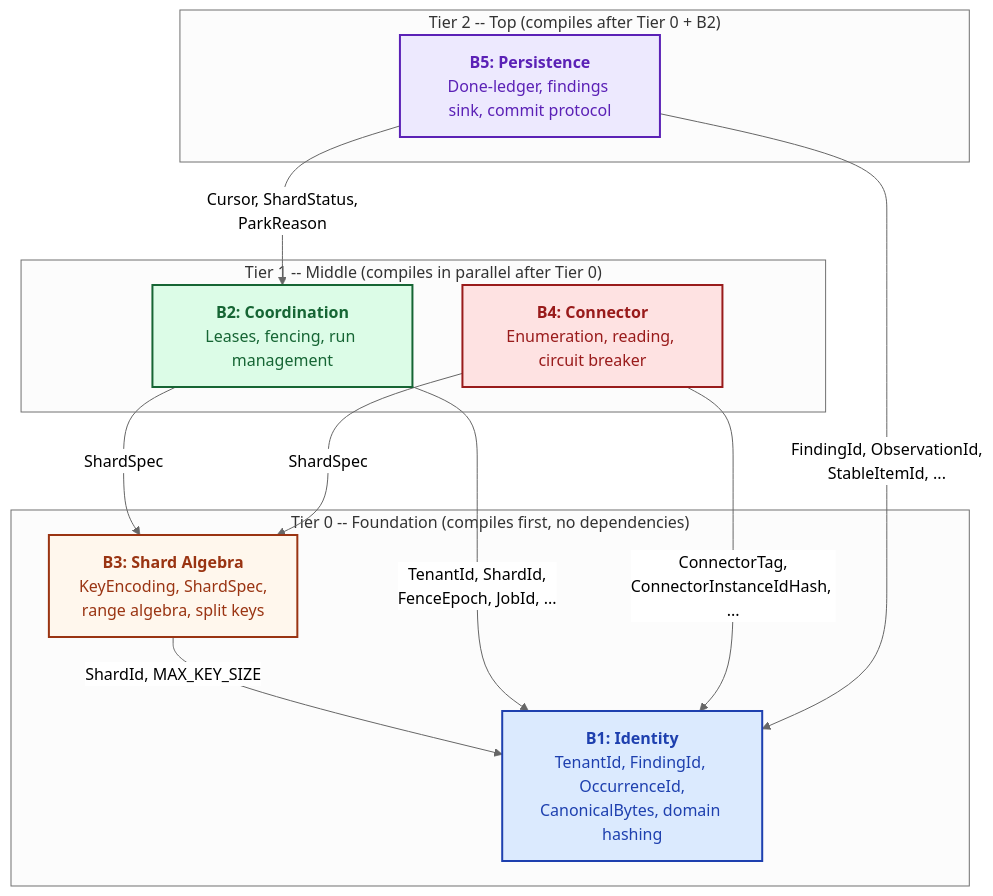
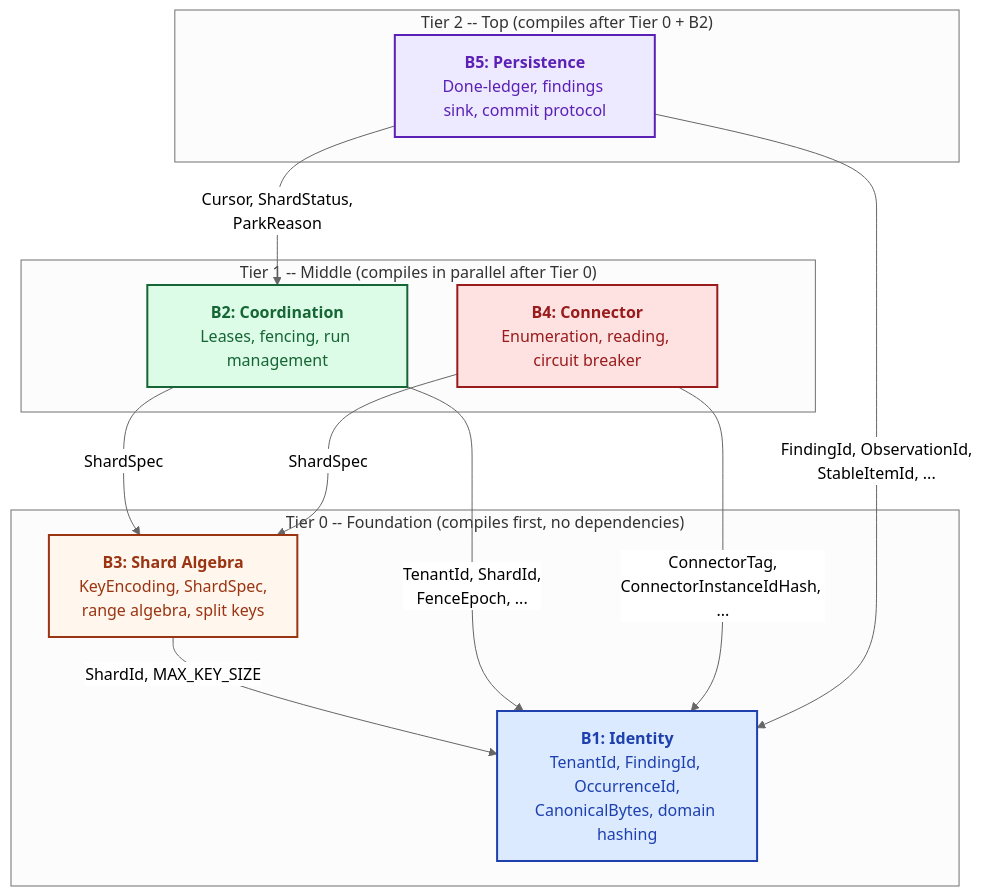
Before and after one commit to ahrav/Gossip-rs: the second of 3 diagrams in diagrams/02-boundary-dependency-graph.md, drawn with Mermaid (neutral theme). The commit also changed other lines of this file and 2 other files, not shown here.

Commit message:
Remove JobId from B2→B1 boundary edge and update backend.rs status

````diff
--- a/diagrams/02-boundary-dependency-graph.md
+++ b/diagrams/02-boundary-dependency-graph.md
@@ -117,31 +117,31 @@
 ```mermaid
 %% Diagram: tiered-compilation-view
 graph TD
     subgraph "Tier 0 -- Foundation (compiles first, no dependencies)"
         B1["<b>B1: Identity</b><br/>TenantId, FindingId, OccurrenceId,<br/>CanonicalBytes, domain hashing"]
         B3["<b>B3: Shard Algebra</b><br/>KeyEncoding, ShardSpec,<br/>range algebra, split keys"]
     end
 
     subgraph "Tier 1 -- Middle (compiles in parallel after Tier 0)"
         B2["<b>B2: Coordination</b><br/>Leases, fencing, run management"]
         B4["<b>B4: Connector</b><br/>Enumeration, reading, circuit breaker"]
     end
 
     subgraph "Tier 2 -- Top (compiles after Tier 0 + B2)"
         B5["<b>B5: Persistence</b><br/>Done-ledger, findings sink, commit protocol"]
     end
 
     B3 -->|"ShardId, MAX_KEY_SIZE"| B1
-    B2 -->|"TenantId, ShardId,<br/>FenceEpoch, JobId, ..."| B1
+    B2 -->|"TenantId, ShardId,<br/>FenceEpoch, ..."| B1
     B2 -->|"ShardSpec"| B3
     B4 -->|"ConnectorTag,<br/>ConnectorInstanceIdHash, ..."| B1
     B4 -->|"ShardSpec"| B3
     B5 -->|"FindingId, ObservationId,<br/>StableItemId, ..."| B1
     B5 -->|"Cursor, ShardStatus,<br/>ParkReason"| B2
 
     style B1 fill:#DBEAFE,stroke:#1E40AF,stroke-width:2px,color:#1E40AF
     style B2 fill:#DCFCE7,stroke:#166534,stroke-width:2px,color:#166534
     style B3 fill:#FFF7ED,stroke:#9A3412,stroke-width:2px,color:#9A3412
     style B4 fill:#FEE2E2,stroke:#991B1B,stroke-width:2px,color:#991B1B
     style B5 fill:#EDE9FE,stroke:#5B21B6,stroke-width:2px,color:#5B21B6
 ```
````
